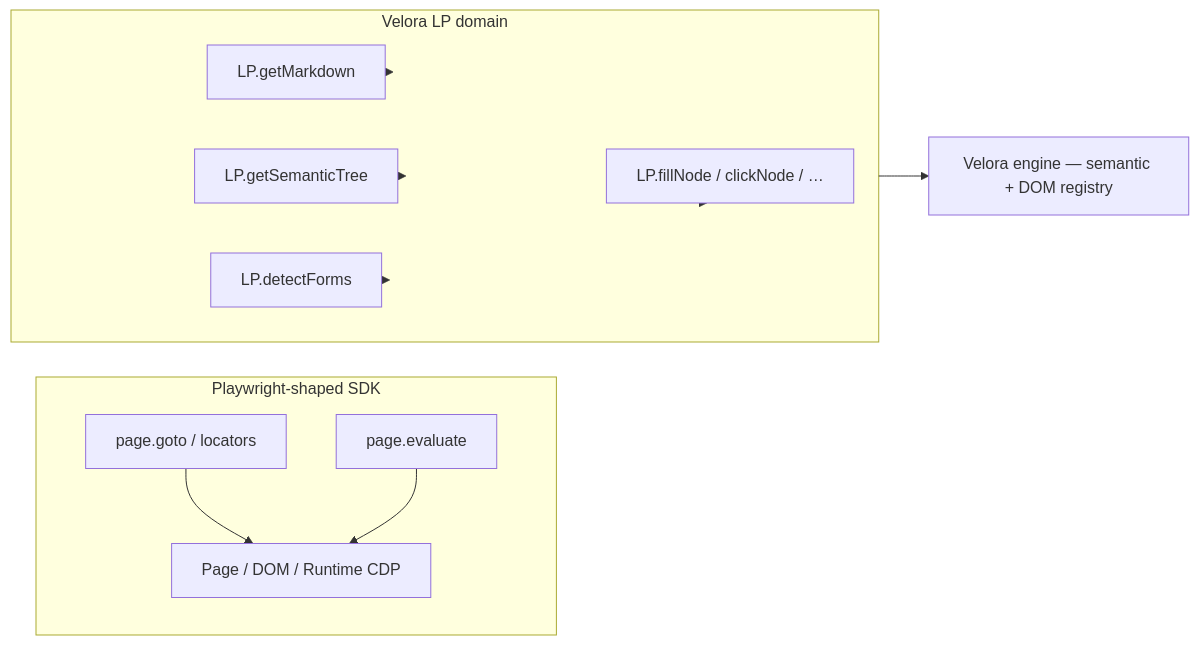
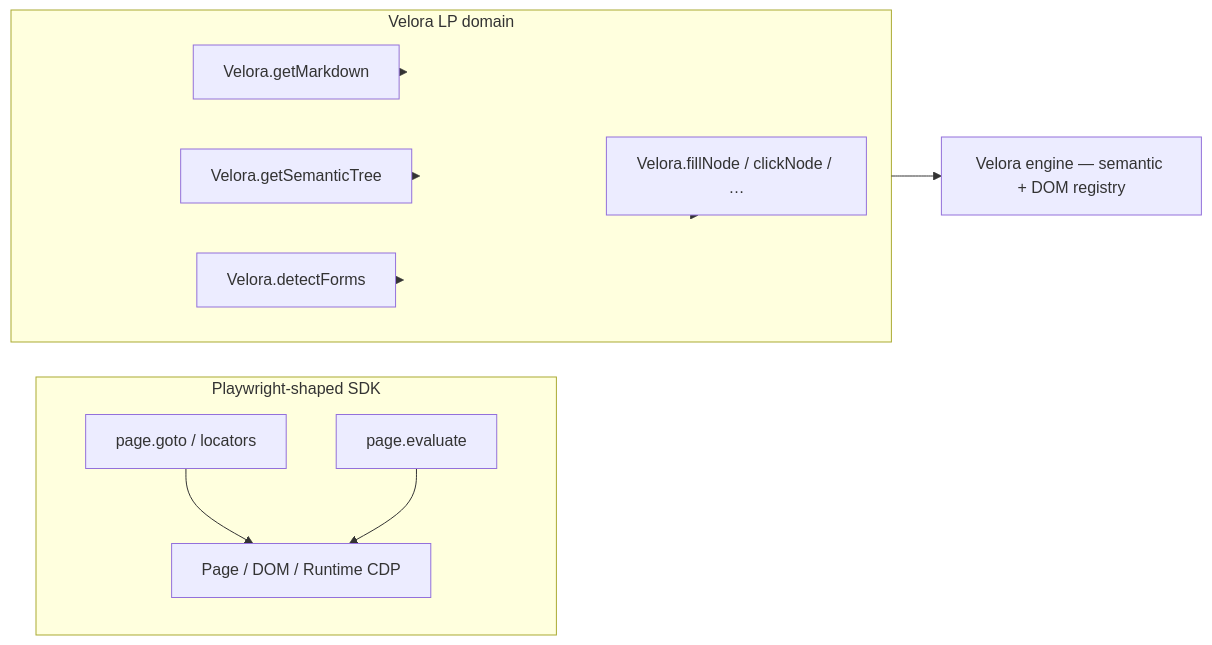
Before and after one commit to ivanUri/koko-core: the first of 2 diagrams in knowledge/sdk/2026-06-30-sdk-smoke-and-workflows.md, drawn with Mermaid. The commit also changed other lines of this file and 67 other files, not shown here.

````diff
--- a/knowledge/sdk/2026-06-30-sdk-smoke-and-workflows.md
+++ b/knowledge/sdk/2026-06-30-sdk-smoke-and-workflows.md
@@ -37,23 +37,23 @@
 ```mermaid
 flowchart LR
   subgraph playwright_layer [Playwright-shaped SDK]
     PG["page.goto / locators"]
     EV["page.evaluate"]
     CDP_STD["Page / DOM / Runtime CDP"]
   end
 
   subgraph lp_layer [Velora LP domain]
-    MD["LP.getMarkdown"]
-    ST["LP.getSemanticTree"]
-    DF["LP.detectForms"]
-    NH["LP.fillNode / clickNode / …"]
+    MD["Velora.getMarkdown"]
+    ST["Velora.getSemanticTree"]
+    DF["Velora.detectForms"]
+    NH["Velora.fillNode / clickNode / …"]
   end
 
   PG --> CDP_STD
   EV --> CDP_STD
   MD --> lp_layer
   ST --> lp_layer
   DF --> lp_layer
   NH --> lp_layer
   lp_layer --> ENGINE["Velora engine — semantic + DOM registry"]
 ```
````
